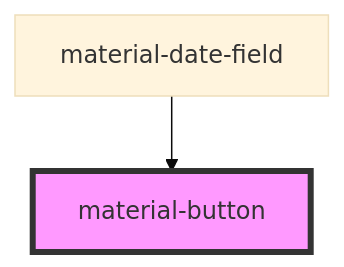
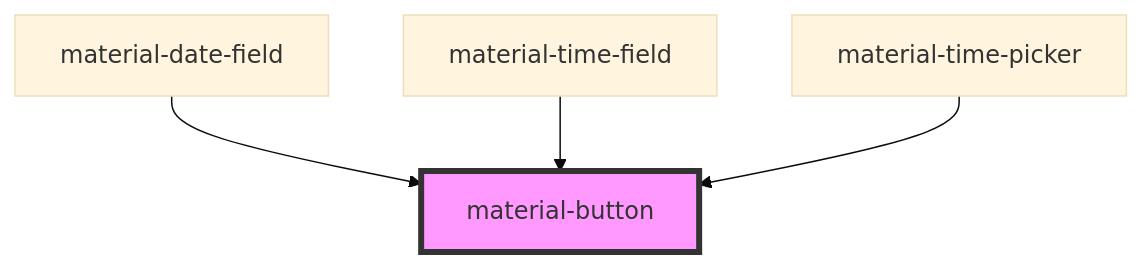
The diagram in src/components/material-button/readme.md (RobustaRush/material), drawn with Mermaid (base theme) before and after one commit. The commit also changed other lines of this file and 14 other files, not shown here.

First line of the commit message:
feat: material-time-picker + material-time-field

````diff
--- a/src/components/material-button/readme.md
+++ b/src/components/material-button/readme.md
@@ -34,5 +36,7 @@
 ```mermaid
 graph TD;
   material-date-field --> material-button
+  material-time-field --> material-button
+  material-time-picker --> material-button
   style material-button fill:#f9f,stroke:#333,stroke-width:4px
 ```
````
